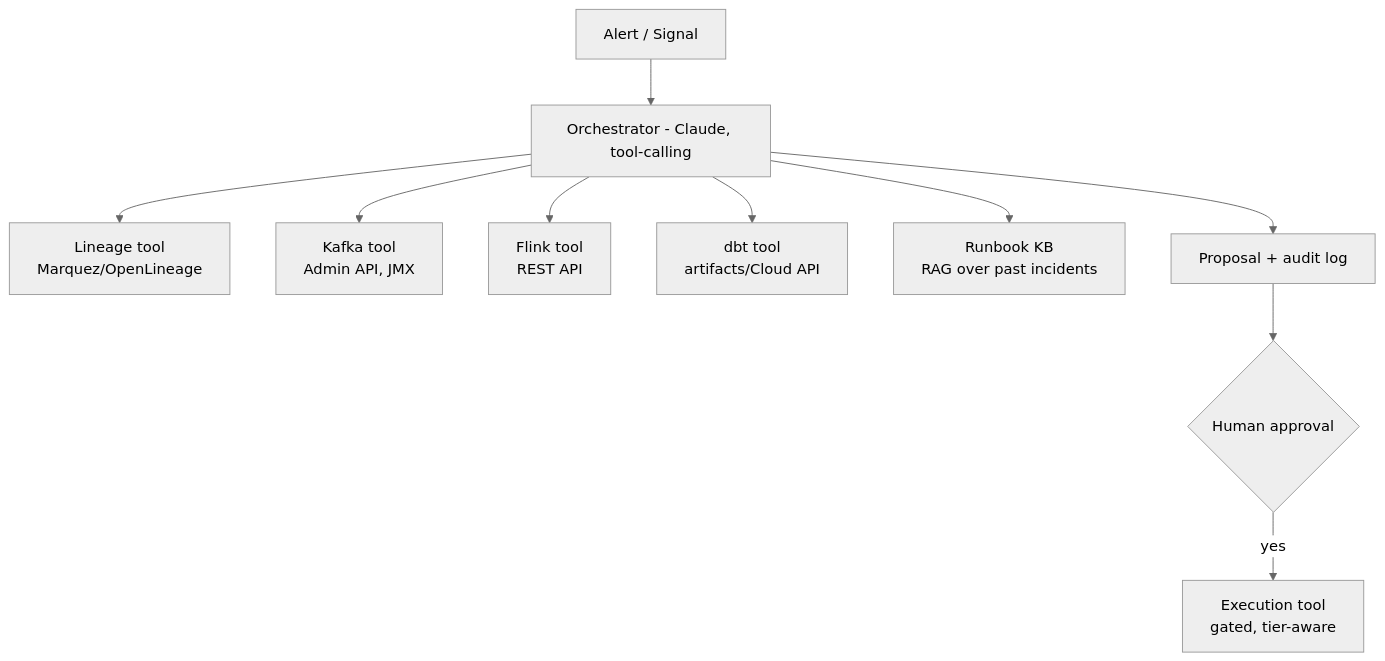
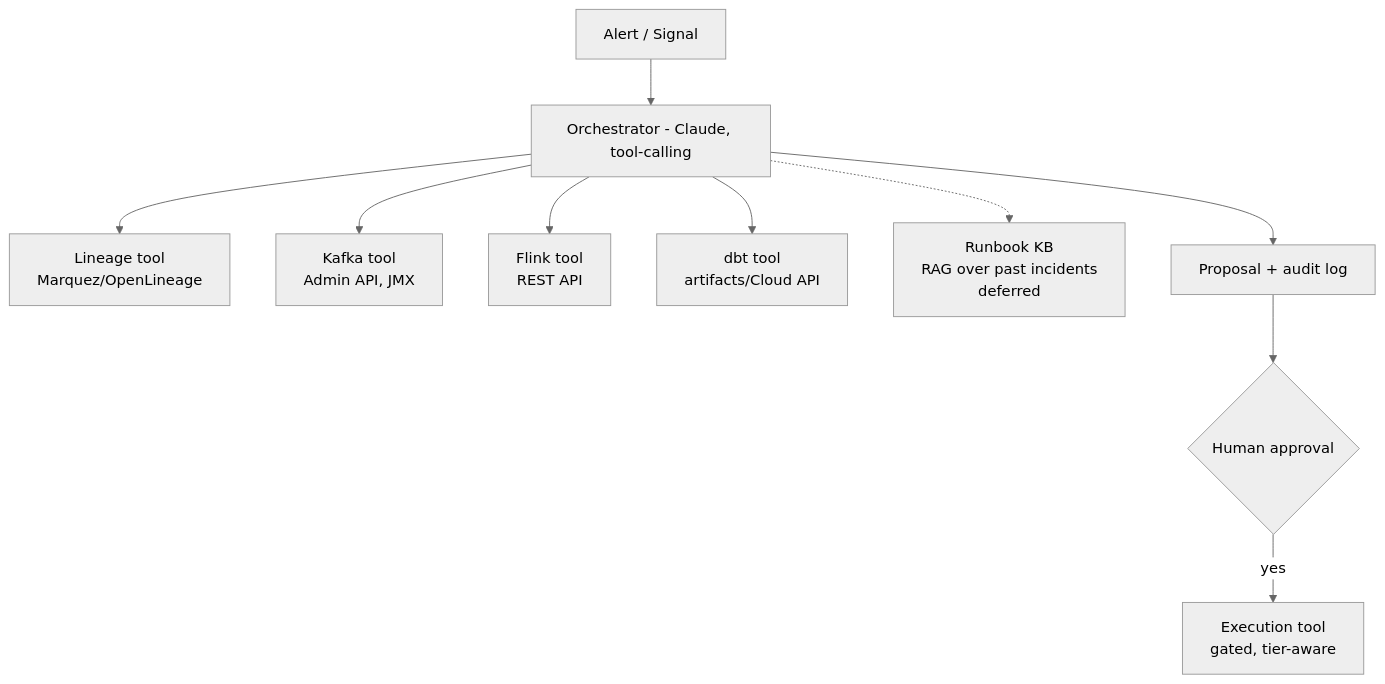
The second of 2 diagrams in docs/Design.md (mbelekar/dp-operations-agent), drawn with Mermaid (neutral theme) before and after one commit. The commit also changed other lines of this file and 8 other files, not shown here.

````diff
--- a/docs/Design.md
+++ b/docs/Design.md
@@ -128,12 +120,12 @@
 ```mermaid
 flowchart TD
   Alert[Alert / Signal] --> Orch[Orchestrator - Claude, tool-calling]
   Orch --> Lin[Lineage tool<br/>Marquez/OpenLineage]
   Orch --> Kaf[Kafka tool<br/>Admin API, JMX]
   Orch --> Fli[Flink tool<br/>REST API]
   Orch --> Dbt[dbt tool<br/>artifacts/Cloud API]
-  Orch --> RB[Runbook KB<br/>RAG over past incidents]
+  Orch -.-> RB[Runbook KB<br/>RAG over past incidents<br/>deferred]
   Orch --> Prop[Proposal + audit log]
   Prop --> Approve{Human approval}
   Approve -- yes --> Exec[Execution tool<br/>gated, tier-aware]
 ```
````
